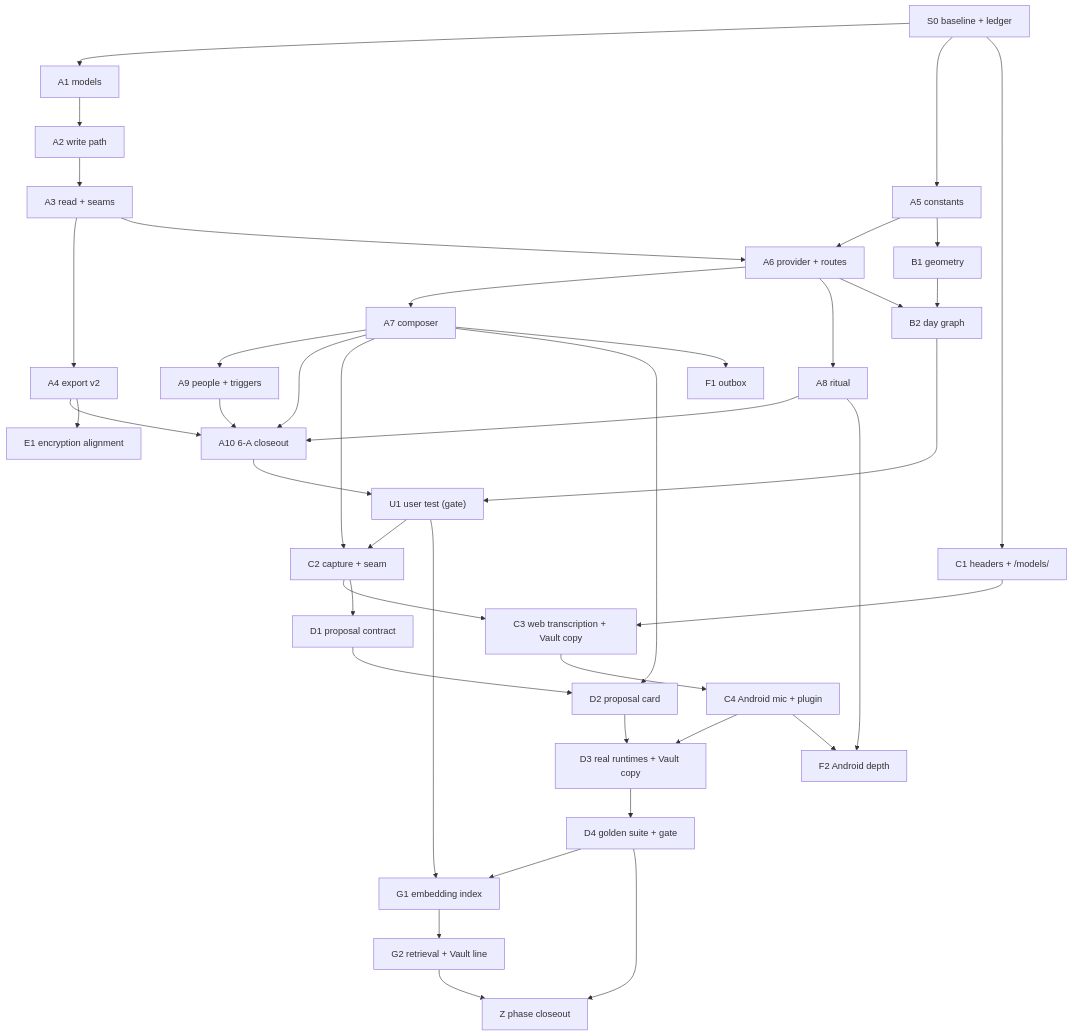
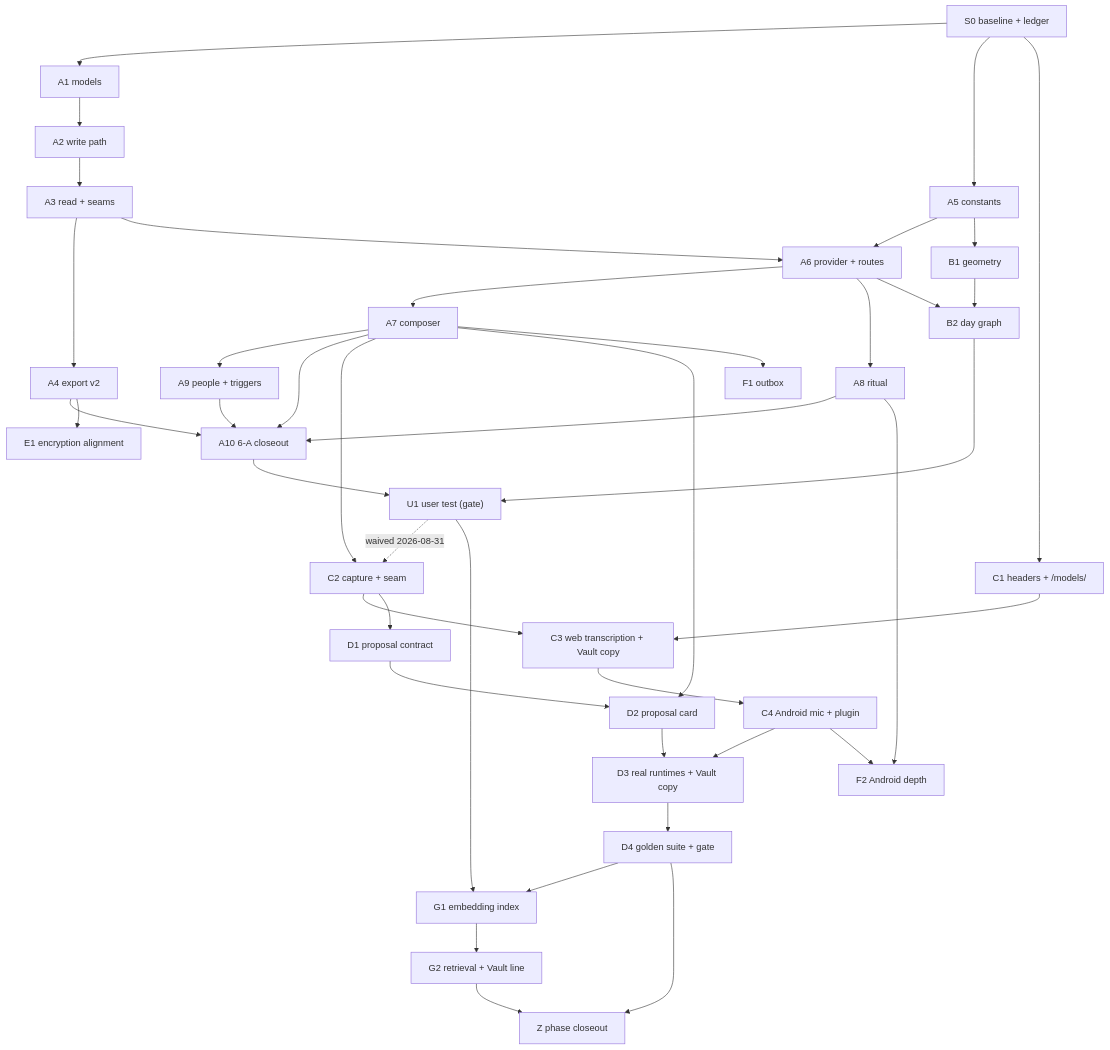
Before and after one commit to SirGrandmasterr/AlexithymiaLoveQuantifier: the diagram in product_vision/06-implementation-prompts.md, drawn with Mermaid. The commit also changed other lines of this file and 125 other files, not shown here.

````diff
--- a/product_vision/06-implementation-prompts.md
+++ b/product_vision/06-implementation-prompts.md
@@ -223,37 +227,37 @@
 ```mermaid
 graph TD
     S0["S0 baseline + ledger"]
     A1["A1 models"] --> A2["A2 write path"] --> A3["A3 read + seams"] --> A4["A4 export v2"]
     A5["A5 constants"] --> A6["A6 provider + routes"]
     A3 --> A6
     A6 --> A7["A7 composer"]
     A6 --> A8["A8 ritual"]
     A7 --> A9["A9 people + triggers"]
     A4 --> A10["A10 6-A closeout"]
     A7 --> A10
     A8 --> A10
     A9 --> A10
     A5 --> B1["B1 geometry"] --> B2["B2 day graph"]
     A6 --> B2
     A10 --> U1["U1 user test (gate)"]
     B2 --> U1
     S0 --> A1
     S0 --> A5
     S0 --> C1["C1 headers + /models/"]
-    U1 --> C2["C2 capture + seam"]
+    U1 -.->|"waived 2026-08-31"| C2["C2 capture + seam"]
     A7 --> C2
     C1 --> C3["C3 web transcription + Vault copy"]
     C2 --> C3 --> C4["C4 Android mic + plugin"]
     C2 --> D1["D1 proposal contract"] --> D2["D2 proposal card"]
     A7 --> D2
     D2 --> D3["D3 real runtimes + Vault copy"]
     C4 --> D3 --> D4["D4 golden suite + gate"]
     A4 --> E1["E1 encryption alignment"]
     A7 --> F1["F1 outbox"]
     A8 --> F2["F2 Android depth"]
     C4 --> F2
     D4 --> G1["G1 embedding index"] --> G2["G2 retrieval + Vault line"]
     U1 --> G1
     D4 --> Z["Z phase closeout"]
     G2 --> Z
 ```
````
